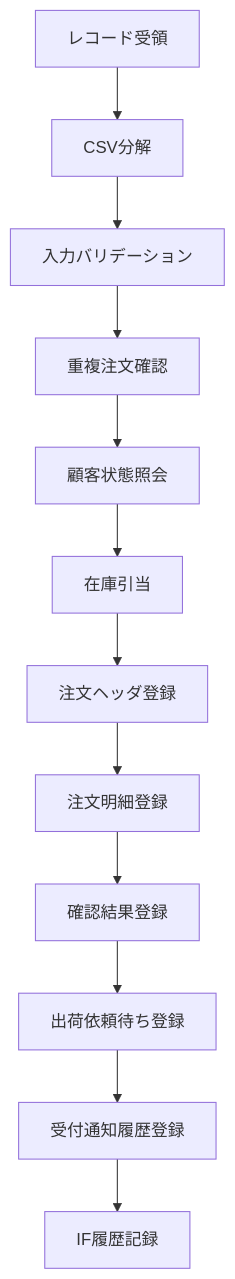
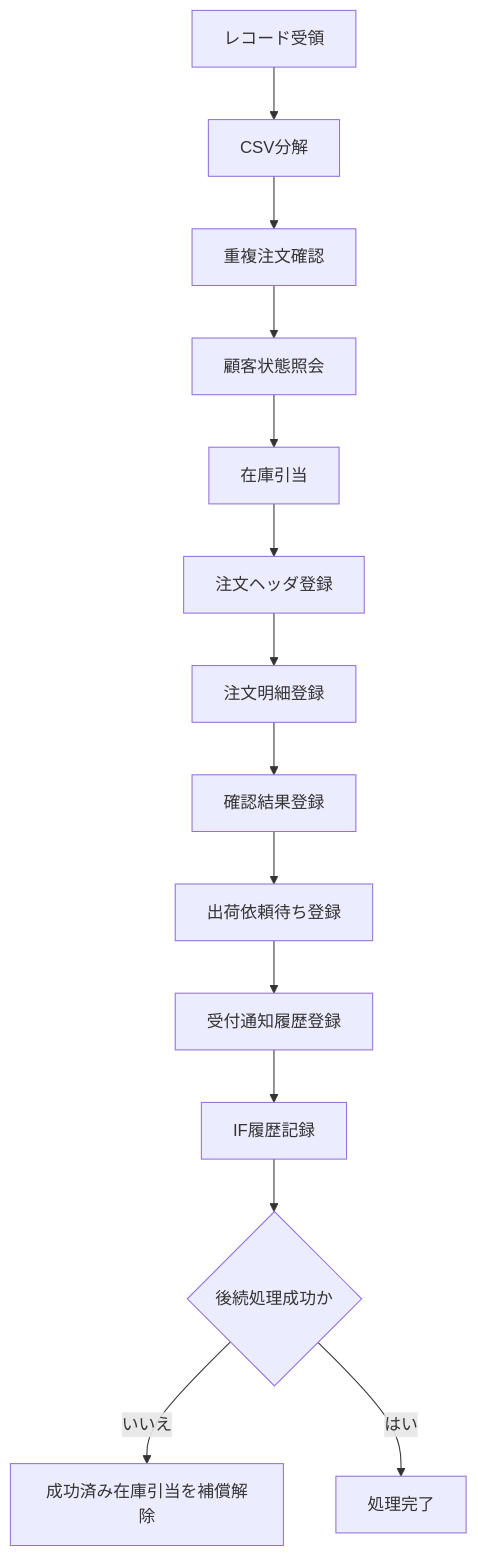
The second of 2 diagrams in docs/自社内部設計/業務設計/メソッド設計書/MTD-001_Foo注文取込・注文受付通知メソッド設計書.md (CalorieMateEater/training-project-logistics-company), drawn with Mermaid before and after one commit. The commit also changed other lines of this file and 66 other files, not shown here.

````diff
--- a/docs/自社内部設計/業務設計/メソッド設計書/MTD-001_Foo注文取込・注文受付通知メソッド設計書.md
+++ b/docs/自社内部設計/業務設計/メソッド設計書/MTD-001_Foo注文取込・注文受付通知メソッド設計書.md
@@ -65,14 +67,16 @@
 ```mermaid
 flowchart TD
     A[レコード受領] --> B[CSV分解]
-    B --> C[入力バリデーション]
-    C --> D[重複注文確認]
-    D --> E[顧客状態照会]
-    E --> F[在庫引当]
-    F --> G[注文ヘッダ登録]
-    G --> H[注文明細登録]
-    H --> I[確認結果登録]
-    I --> J[出荷依頼待ち登録]
-    J --> K[受付通知履歴登録]
-    K --> L[IF履歴記録]
+    B --> C[重複注文確認]
+    C --> D[顧客状態照会]
+    D --> E[在庫引当]
+    E --> F[注文ヘッダ登録]
+    F --> G[注文明細登録]
+    G --> H[確認結果登録]
+    H --> I[出荷依頼待ち登録]
+    I --> J[受付通知履歴登録]
+    J --> K[IF履歴記録]
+    K --> L{後続処理成功か}
+    L -- いいえ --> M[成功済み在庫引当を補償解除]
+    L -- はい --> N[処理完了]
 ```
````
